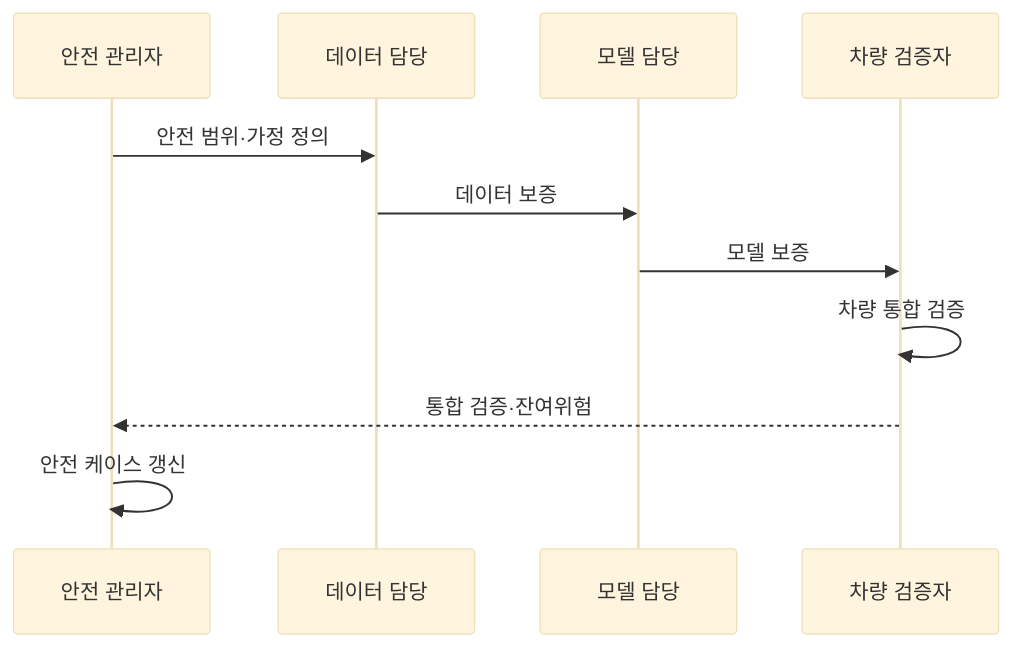
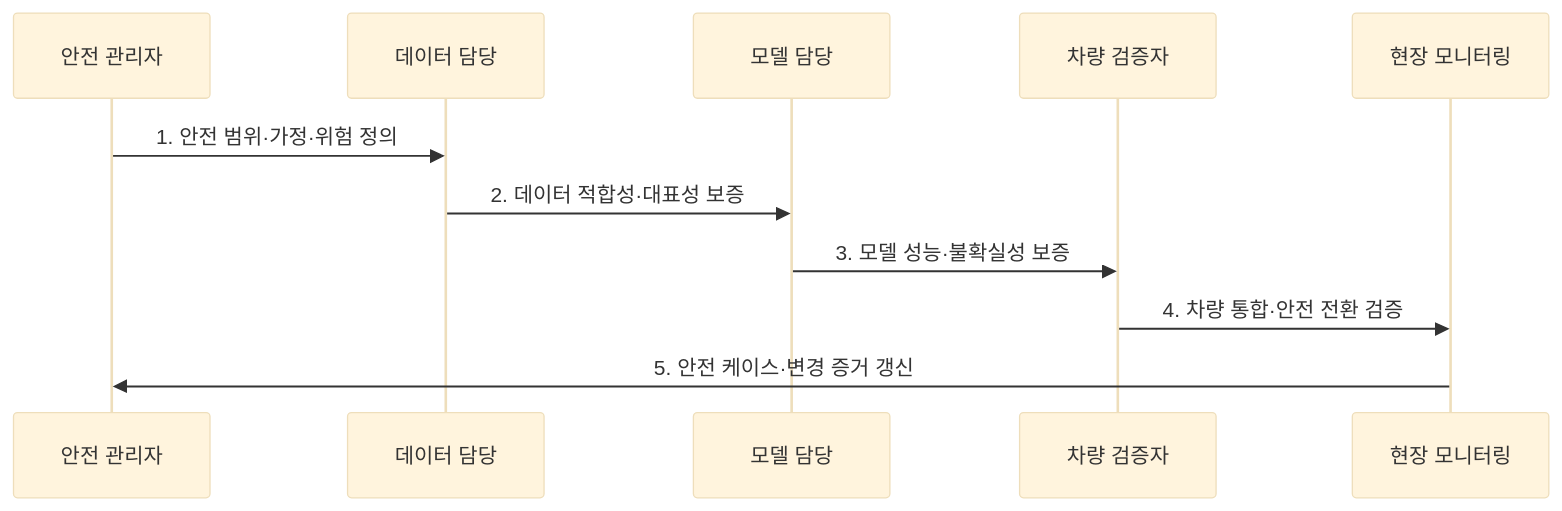
Before and after one commit to agnusdei1207/knowledge-base: the second of 2 diagrams in src/content/docs/notes/05-security/135_iso_pas_8800.md, drawn with Mermaid (base theme). The commit also changed other lines of this file and 6 other files, not shown here.

````diff
--- a/src/content/docs/notes/05-security/135_iso_pas_8800.md
+++ b/src/content/docs/notes/05-security/135_iso_pas_8800.md
@@ -80,13 +80,13 @@
 ```mermaid
 sequenceDiagram
-    participant A as 안전 관리자
-    participant D as 데이터 담당
-    participant M as 모델 담당
-    participant V as 차량 검증자
-    A->>D: 안전 범위·가정 정의
-    D->>M: 데이터 보증
-    M->>V: 모델 보증
-    V->>V: 차량 통합 검증
-    V-->>A: 통합 검증·잔여위험
-    A->>A: 안전 케이스 갱신
+  participant S as 안전 관리자
+  participant D as 데이터 담당
+  participant M as 모델 담당
+  participant V as 차량 검증자
+  participant O as 현장 모니터링
+  S->>D: 1. 안전 범위·가정·위험 정의
+  D->>M: 2. 데이터 적합성·대표성 보증
+  M->>V: 3. 모델 성능·불확실성 보증
+  V->>O: 4. 차량 통합·안전 전환 검증
+  O->>S: 5. 안전 케이스·변경 증거 갱신
 ```
````
